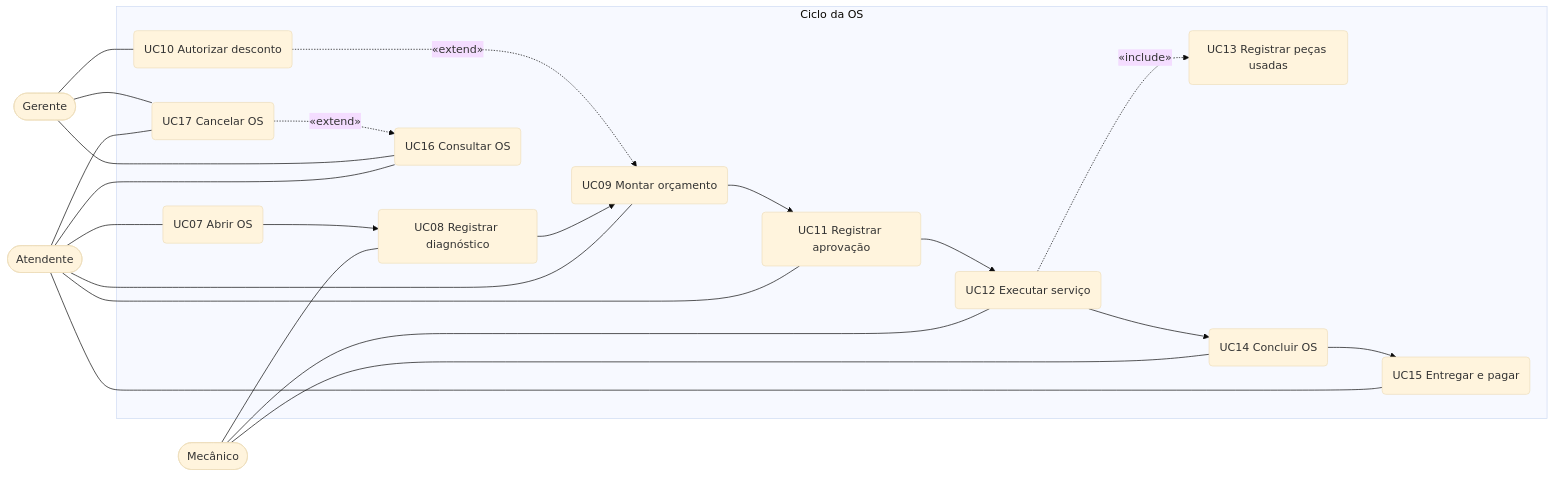
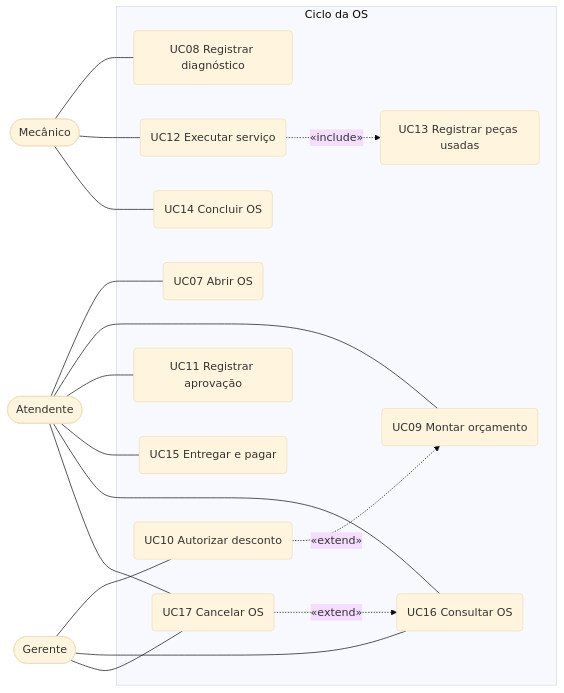
The third of 8 diagrams in docs/casos-de-uso.md (eltobsjr/oficina-facil), drawn with Mermaid (base theme) before and after one commit. The commit also changed other lines of this file and 4 other files, not shown here.

Commit message:
Gera PDFs dos documentos e simplifica diagramas de casos de uso

````diff
--- a/docs/casos-de-uso.md
+++ b/docs/casos-de-uso.md
@@ -147,29 +148,28 @@
 ```mermaid
 flowchart LR
   AT([Atendente])
   ME([Mecânico])
   GE([Gerente])
 
   subgraph Ciclo[Ciclo da OS]
     UC07(UC07 Abrir OS)
     UC08(UC08 Registrar diagnóstico)
     UC09(UC09 Montar orçamento)
     UC10(UC10 Autorizar desconto)
     UC11(UC11 Registrar aprovação)
     UC12(UC12 Executar serviço)
     UC13(UC13 Registrar peças usadas)
     UC14(UC14 Concluir OS)
     UC15(UC15 Entregar e pagar)
     UC16(UC16 Consultar OS)
     UC17(UC17 Cancelar OS)
   end
 
   AT --- UC07 & UC09 & UC11 & UC15 & UC16 & UC17
   ME --- UC08 & UC12 & UC14
   GE --- UC10 & UC16 & UC17
 
-  UC07 --> UC08 --> UC09 --> UC11 --> UC12 --> UC14 --> UC15
   UC12 -. "«include»" .-> UC13
   UC10 -. "«extend»" .-> UC09
   UC17 -. "«extend»" .-> UC16
 ```
````
